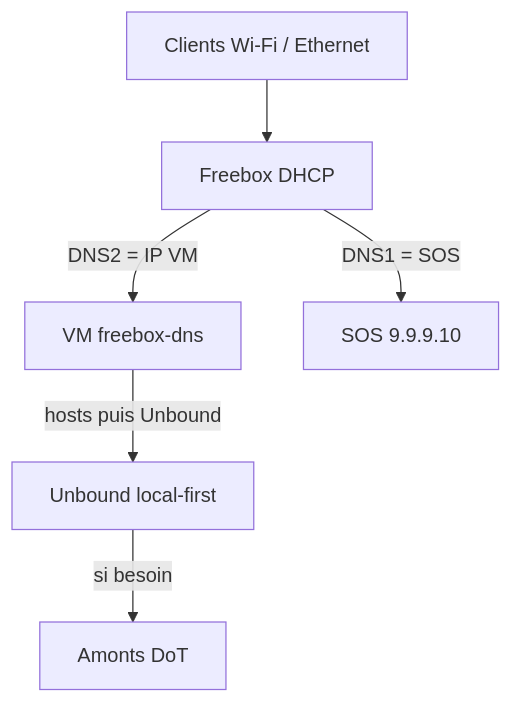
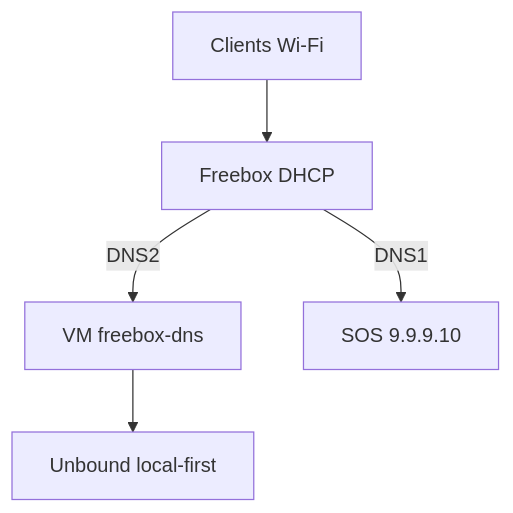
The diagram in README.md (dlnraja/freebox-dns), drawn with Mermaid before and after one commit. The commit also changed other lines of this file and 22 other files, not shown here.

````diff
--- a/README.md
+++ b/README.md
@@ -35,15 +47,13 @@
 ```mermaid
 flowchart TB
-  wifi[Clients Wi-Fi / Ethernet]
+  wifi[Clients Wi-Fi]
   dhcp[Freebox DHCP]
   vm[VM freebox-dns]
   unbound[Unbound local-first]
-  dot[Amonts DoT]
   sos[SOS 9.9.9.10]
 
   wifi --> dhcp
-  dhcp -->|DNS2 = IP VM| vm
-  dhcp -->|DNS1 = SOS| sos
-  vm -->|hosts puis Unbound| unbound
-  unbound -->|si besoin| dot
+  dhcp -->|DNS2| vm
+  dhcp -->|DNS1| sos
+  vm --> unbound
 ```
````
